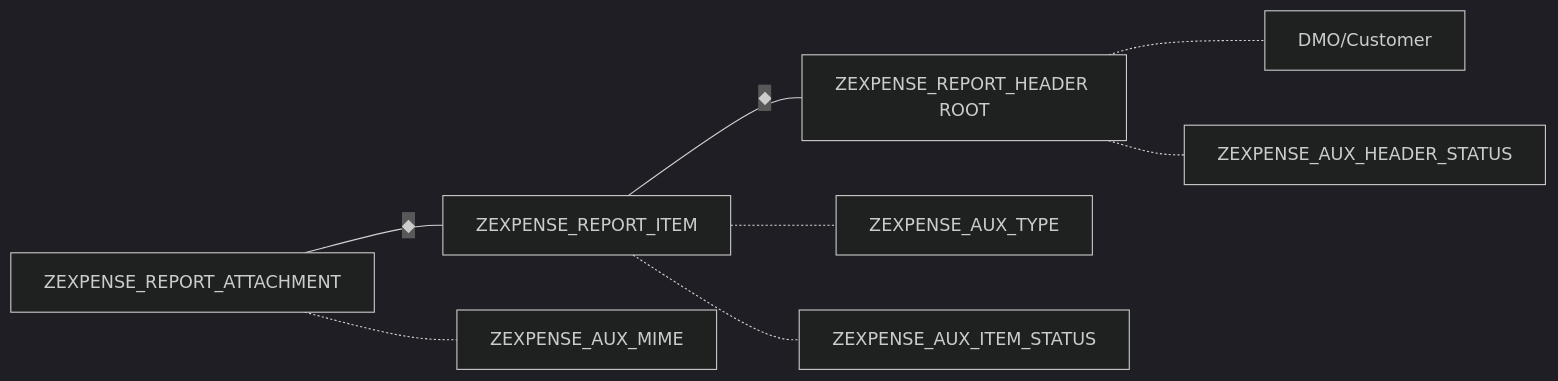
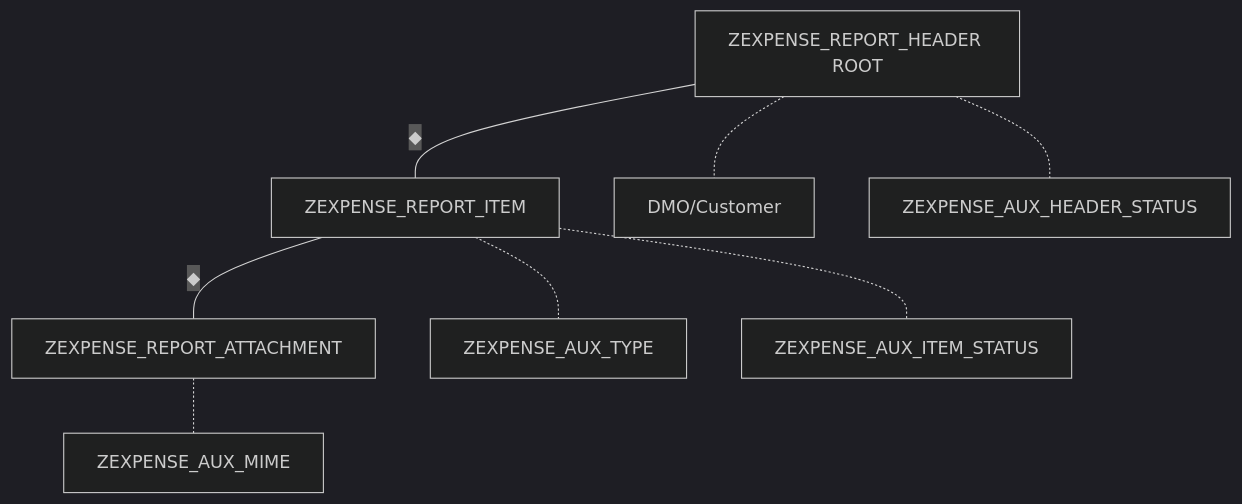
Before and after one commit to robergit88/RAP: the diagram in BTP ejercicios/14. EXPENSE APP/README.md, drawn with Mermaid (dark theme).

Commit message:
Expense App
roberto

````diff
--- a/BTP ejercicios/14. EXPENSE APP/README.md
+++ b/BTP ejercicios/14. EXPENSE APP/README.md
@@ -31,21 +31,21 @@
 ```mermaid
-graph LR
-
+graph TD
     HEADER[ZEXPENSE_REPORT_HEADER ROOT]
     ITEM[ZEXPENSE_REPORT_ITEM]
     ATTACH[ZEXPENSE_REPORT_ATTACHMENT]
     CUSTOMER[DMO/Customer]
     AUX_HS[ZEXPENSE_AUX_HEADER_STATUS]
     AUX_TYPE[ZEXPENSE_AUX_TYPE]
     AUX_IS[ZEXPENSE_AUX_ITEM_STATUS]
     AUX_MIME[ZEXPENSE_AUX_MIME]
 
-    ITEM -- "◆" --- HEADER
-    ATTACH -- "◆" --- ITEM
+    HEADER -- "◆" --- ITEM
+    ITEM -- "◆" --- ATTACH
 
     HEADER -.- CUSTOMER
     HEADER -.- AUX_HS
     ITEM -.- AUX_TYPE
     ITEM -.- AUX_IS
     ATTACH -.- AUX_MIME
+
 ```
````
